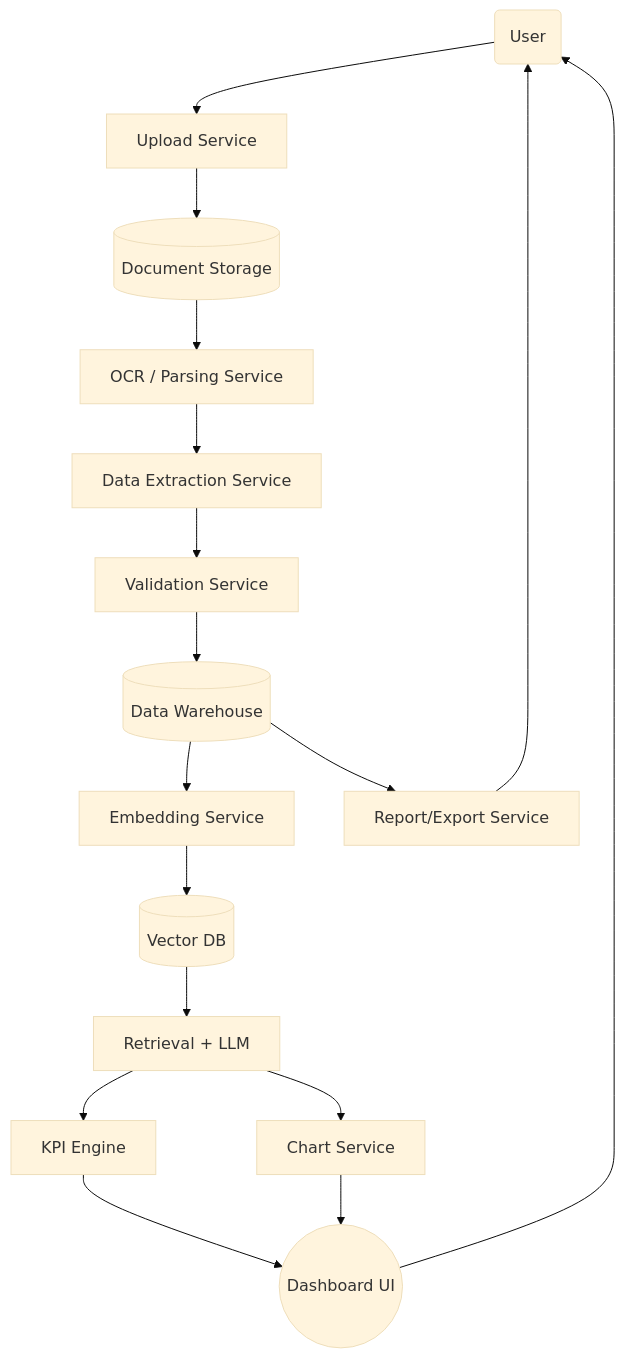
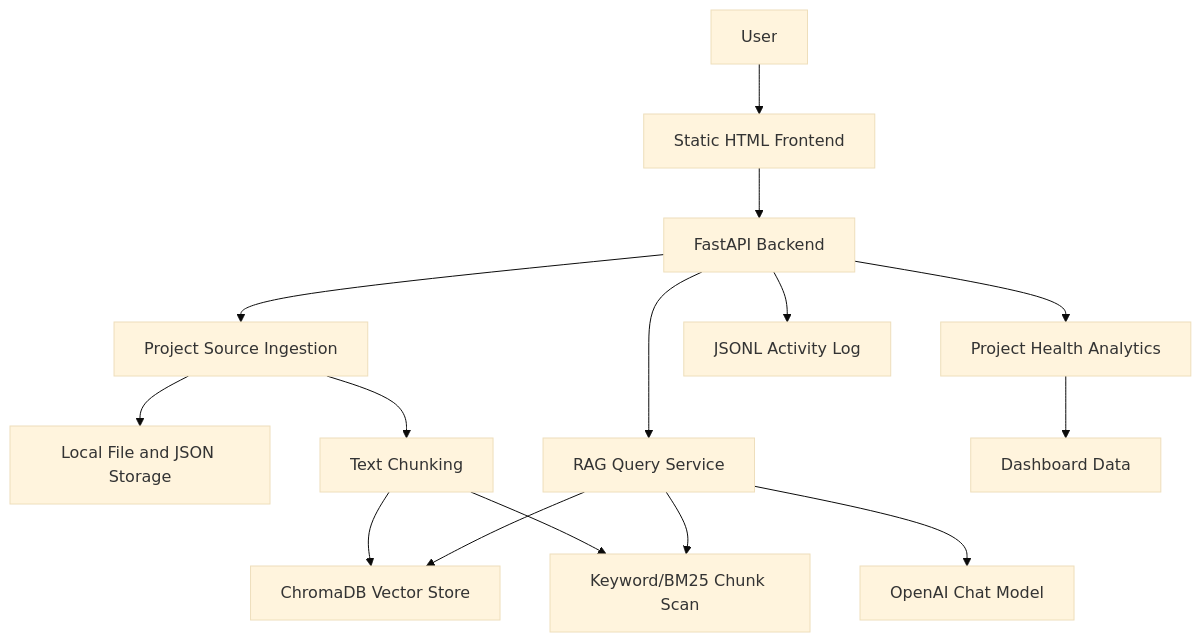
Before and after one commit to PranayRudra-3107/Base: the diagram in README.md, drawn with Mermaid (base theme). The commit also changed other lines of this file and 50 other files, not shown here.

````diff
--- a/README.md
+++ b/README.md
@@ -181,19 +113,17 @@
 ```mermaid
 graph TD
-  User(User) --> Upload[Upload Service]
-  Upload --> Storage[(Document Storage)]
-  Storage --> OCR[OCR / Parsing Service]
-  OCR --> Extract[Data Extraction Service]
-  Extract --> Validate[Validation Service]
-  Validate --> DB[(Data Warehouse)]
-  DB --> Embed[Embedding Service]
-  Embed --> VectorDB[(Vector DB)]
-  VectorDB --> RAG[Retrieval + LLM]
-  RAG --> Metrics[KPI Engine]
-  RAG --> ChartGen[Chart Service]
-  Metrics --> Dashboard((Dashboard UI))
-  ChartGen --> Dashboard
-  Dashboard --> User
-  DB --> Reports[Report/Export Service]
-  Reports --> User
+  User[User] --> Frontend[Static HTML Frontend]
+  Frontend --> API[FastAPI Backend]
+  API --> Ingest[Project Source Ingestion]
+  Ingest --> Storage[Local File and JSON Storage]
+  Ingest --> Chunks[Text Chunking]
+  Chunks --> VectorDB[ChromaDB Vector Store]
+  Chunks --> Keyword[Keyword/BM25 Chunk Scan]
+  API --> RAG[RAG Query Service]
+  RAG --> VectorDB
+  RAG --> Keyword
+  RAG --> OpenAI[OpenAI Chat Model]
+  API --> Analytics[Project Health Analytics]
+  Analytics --> Dashboard[Dashboard Data]
+  API --> ActivityLog[JSONL Activity Log]
 ```
````
